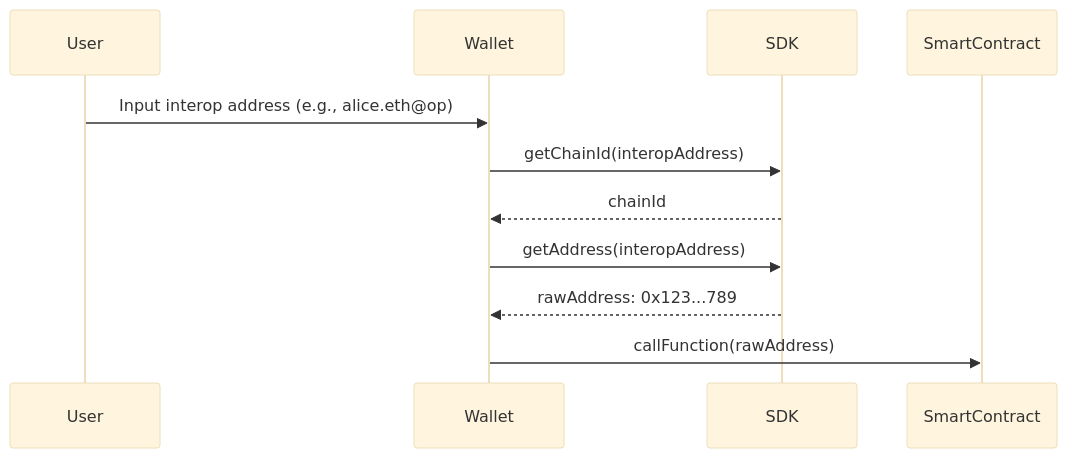
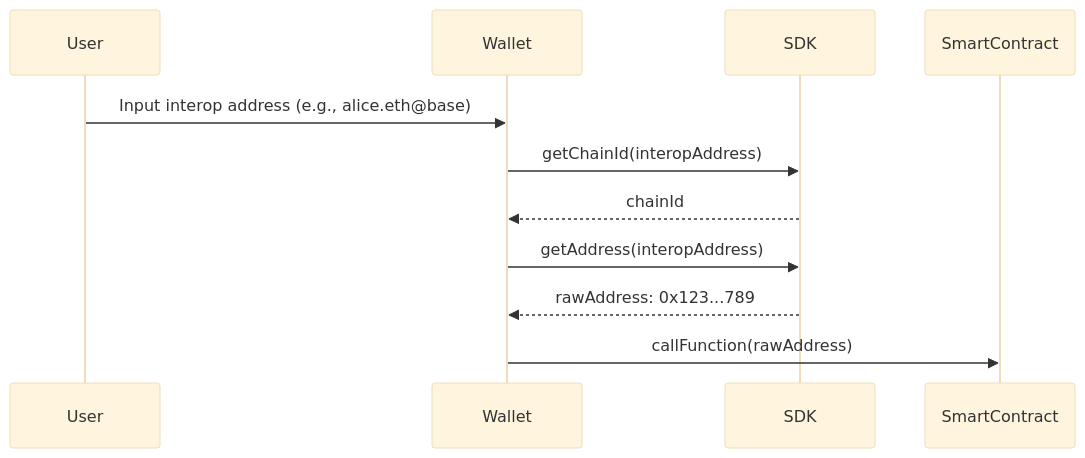
Before and after one commit to defi-wonderland/interop-sdk: the diagram in apps/docs/docs/addresses/example.md, drawn with Mermaid (base theme). The commit also changed other lines of this file and 6 other files, not shown here.

````diff
--- a/apps/docs/docs/addresses/example.md
+++ b/apps/docs/docs/addresses/example.md
@@ -21,14 +21,14 @@
 ```mermaid
 sequenceDiagram
     participant User
     participant Wallet
     participant SDK
     participant SmartContract
 
-    User->>Wallet: Input interop address (e.g., alice.eth@op)
+    User->>Wallet: Input interop address (e.g., alice.eth@base)
     Wallet->>SDK: getChainId(interopAddress)
     SDK-->>Wallet: chainId
     Wallet->>SDK: getAddress(interopAddress)
     SDK-->>Wallet: rawAddress: 0x123...789
     Wallet->>SmartContract: callFunction(rawAddress)
 ```
````
